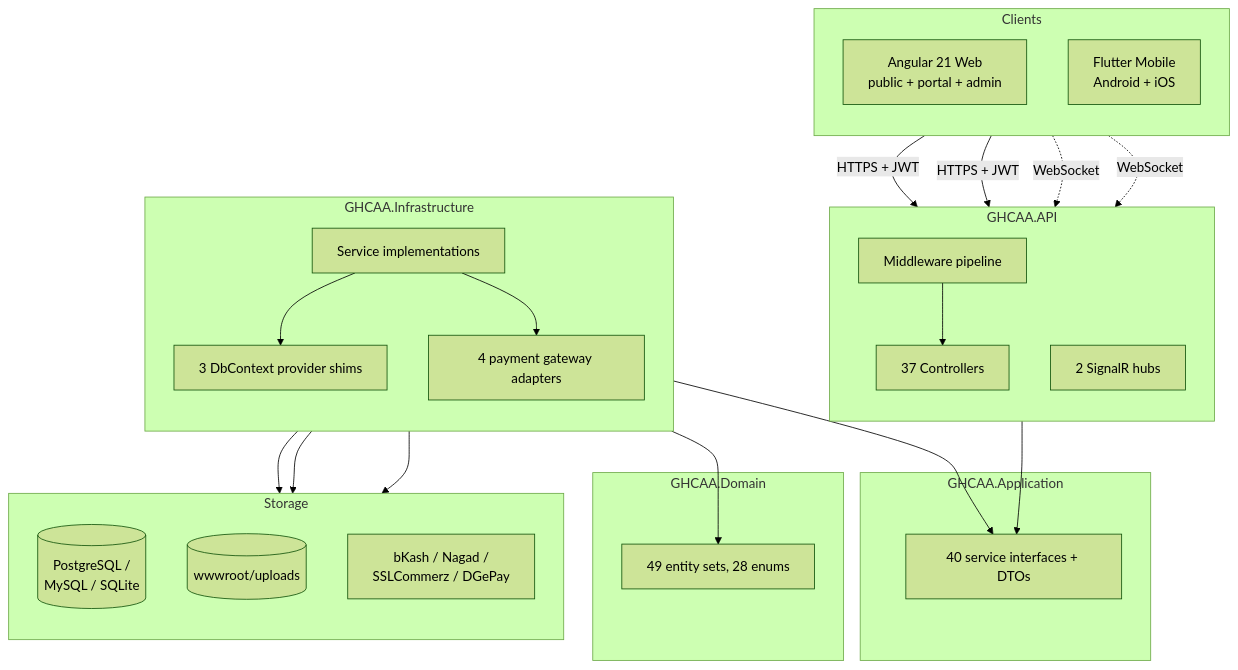
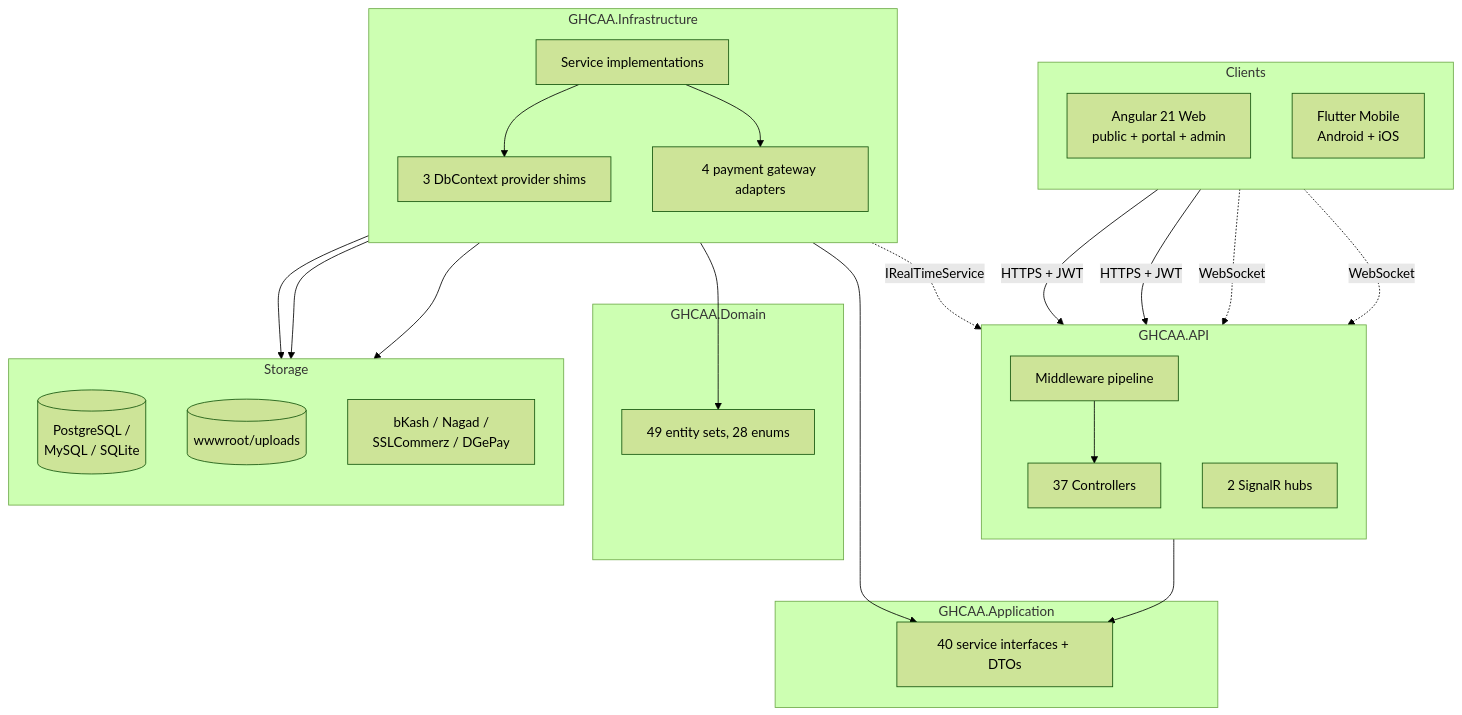
The first of 13 diagrams in docs/book/06-architecture.md (shalin-rahman/GHCAA), drawn with Mermaid (forest theme) before and after one commit. The commit also changed other lines of this file and 27 other files, not shown here.

````diff
--- a/docs/book/06-architecture.md
+++ b/docs/book/06-architecture.md
@@ -603,43 +611,44 @@
 ```mermaid
 flowchart TB
     subgraph Clients
       direction TB
       WEB[Angular 21 Web<br/>public + portal + admin]
       MOB[Flutter Mobile<br/>Android + iOS]
     end
     subgraph API_L["GHCAA.API"]
       direction TB
       MW[Middleware pipeline]
       CTRL[37 Controllers]
       HUB[2 SignalR hubs]
     end
     subgraph APP_L["GHCAA.Application"]
       IFACE[40 service interfaces + DTOs]
     end
     subgraph INF_L["GHCAA.Infrastructure"]
       direction TB
       SVC[Service implementations]
       GW[4 payment gateway adapters]
       DBC[3 DbContext provider shims]
     end
     subgraph DOM_L["GHCAA.Domain"]
       ENT[49 entity sets, 28 enums]
     end
     subgraph STORE["Storage"]
       direction TB
       DB[(PostgreSQL /<br/>MySQL / SQLite)]
       FS[(wwwroot/uploads)]
       EXT[bKash / Nagad /<br/>SSLCommerz / DGePay]
     end
     WEB -->|HTTPS + JWT| MW
     MOB -->|HTTPS + JWT| MW
     WEB -.->|WebSocket| HUB
     MOB -.->|WebSocket| HUB
     MW --> CTRL --> IFACE
     SVC --> IFACE
     SVC --> ENT
     SVC --> DBC --> DB
     SVC --> FS
     GW --> EXT
     SVC --> GW
+    SVC -.->|IRealTimeService| HUB
 ```
````
